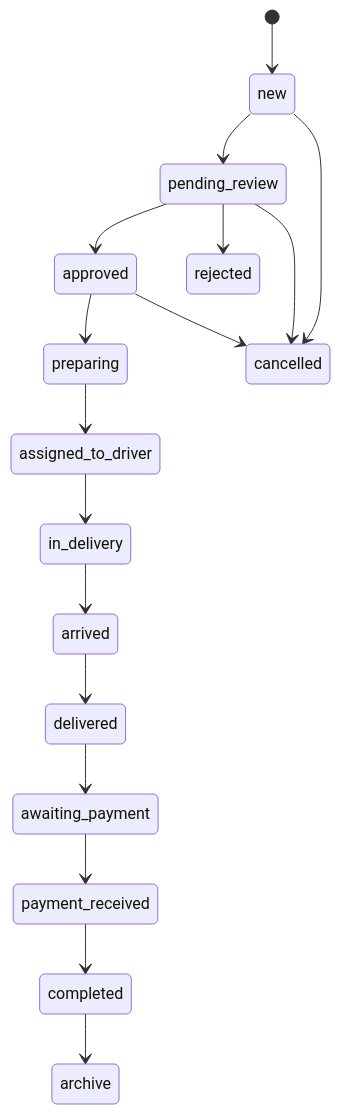
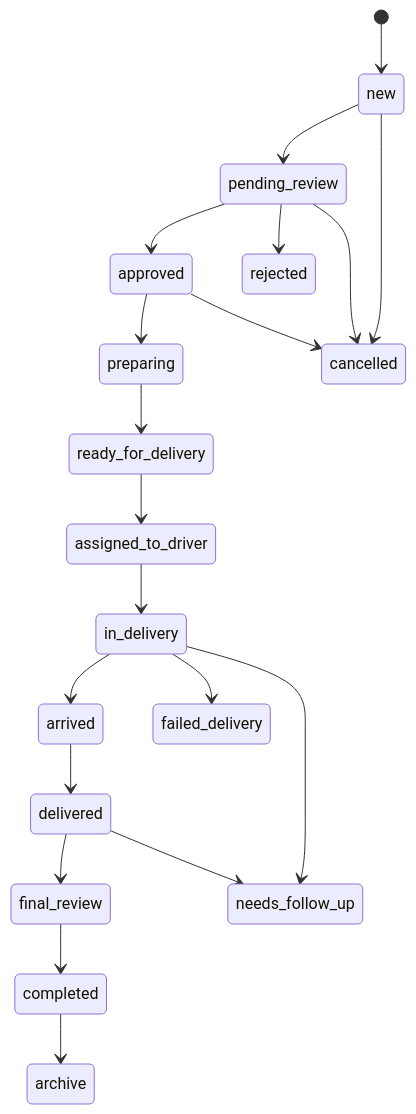
One commit to topdent849543/fyfikbj changed the diagram in README.md. Above: the diagram before and after it, drawn with Mermaid. The commit also changed other lines of this file and 42 other files, not shown here.

````diff
--- a/README.md
+++ b/README.md
@@ -23,19 +23,22 @@
 ```mermaid
 stateDiagram-v2
   [*] --> new
   new --> pending_review
   pending_review --> approved
   pending_review --> rejected
   approved --> preparing
-  preparing --> assigned_to_driver
+  preparing --> ready_for_delivery
+  ready_for_delivery --> assigned_to_driver
   assigned_to_driver --> in_delivery
   in_delivery --> arrived
   arrived --> delivered
-  delivered --> awaiting_payment
-  awaiting_payment --> payment_received
-  payment_received --> completed
+  delivered --> final_review
+  final_review --> completed
   completed --> archive
   new --> cancelled
   pending_review --> cancelled
   approved --> cancelled
+  in_delivery --> failed_delivery
+  in_delivery --> needs_follow_up
+  delivered --> needs_follow_up
 ```
````
